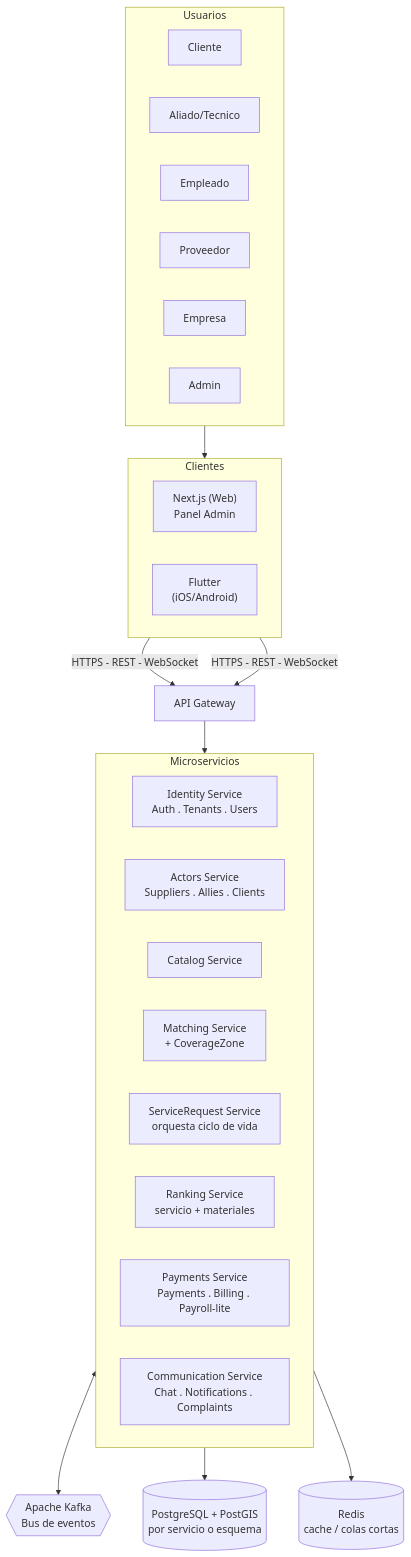
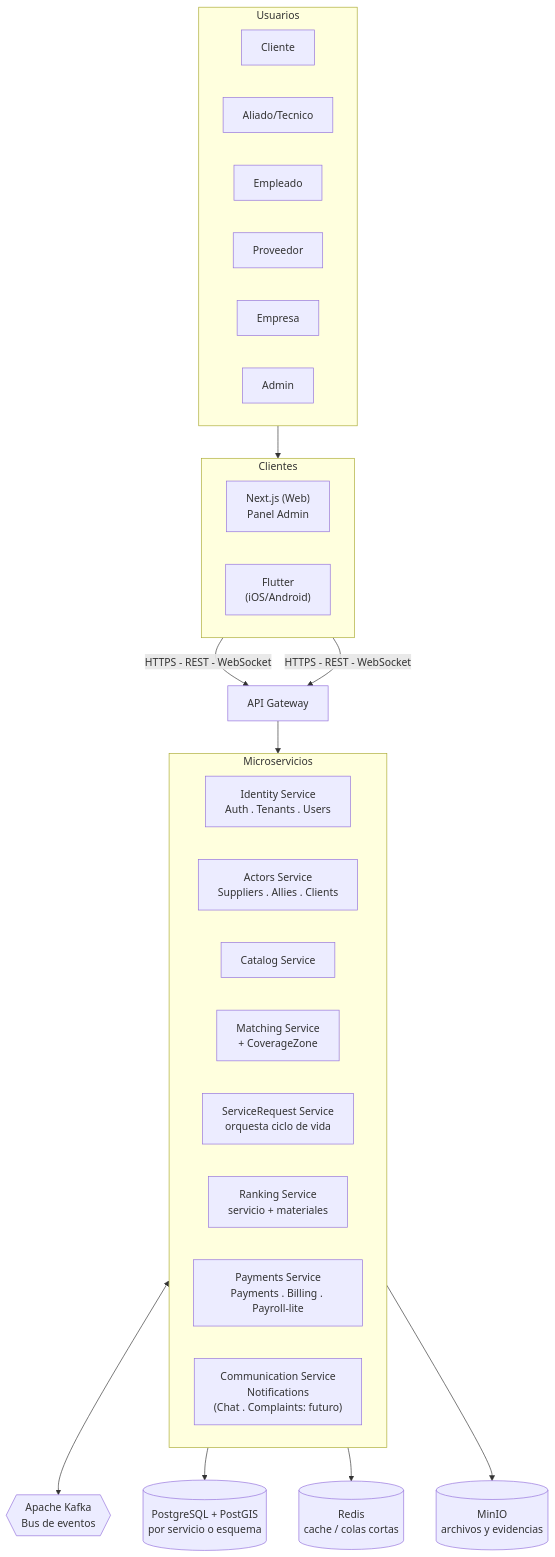
One commit to sebas0430/Arquitectura changed the first of 4 diagrams in Documentos/SAD.md. Above: the diagram before and after it, drawn with Mermaid. The commit also changed other lines of this file and 3 other files, not shown here.

````diff
--- a/Documentos/SAD.md
+++ b/Documentos/SAD.md
@@ -342,46 +425,47 @@
 ```mermaid
 flowchart TB
     subgraph Usuarios["Usuarios"]
         direction LR
         U1[Cliente]
         U2[Aliado/Tecnico]
         U3[Empleado]
         U4[Proveedor]
         U5[Empresa]
         U6[Admin]
     end
 
     subgraph Frontend["Clientes"]
         direction LR
         WEB["Next.js (Web)<br/>Panel Admin"]
         MOBILE["Flutter<br/>(iOS/Android)"]
     end
 
     Usuarios --> Frontend
 
     WEB -->|"HTTPS - REST - WebSocket"| GW
     MOBILE -->|"HTTPS - REST - WebSocket"| GW
 
     GW["API Gateway"]
 
     subgraph Services["Microservicios"]
         direction LR
         S1["Identity Service<br/>Auth . Tenants . Users"]
         S2["Actors Service<br/>Suppliers . Allies . Clients"]
         S3["Catalog Service"]
         S4["Matching Service<br/>+ CoverageZone"]
         S5["ServiceRequest Service<br/>orquesta ciclo de vida"]
         S6["Ranking Service<br/>servicio + materiales"]
         S7["Payments Service<br/>Payments . Billing . Payroll-lite"]
-        S8["Communication Service<br/>Chat . Notifications . Complaints"]
+        S8["Communication Service<br/>Notifications<br/>(Chat . Complaints: futuro)"]
     end
 
     GW --> Services
 
     KAFKA{{"Apache Kafka<br/>Bus de eventos"}}
 
     Services <--> KAFKA
 
     Services --> DB[("PostgreSQL + PostGIS<br/>por servicio o esquema")]
     Services --> CACHE[("Redis<br/>cache / colas cortas")]
+    Services --> STORAGE[("MinIO<br/>archivos y evidencias")]
 ```
````
